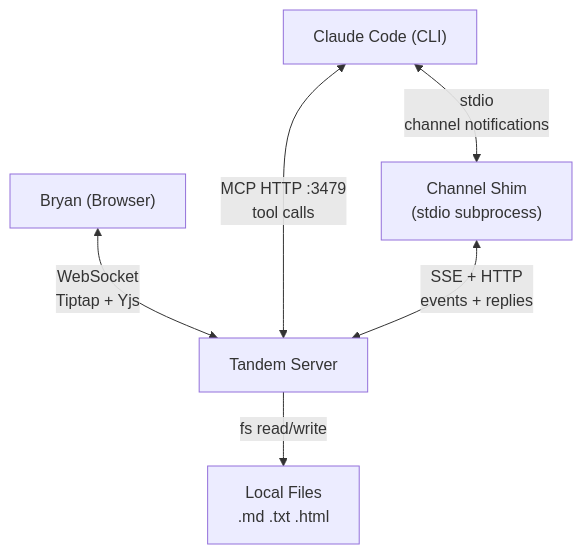
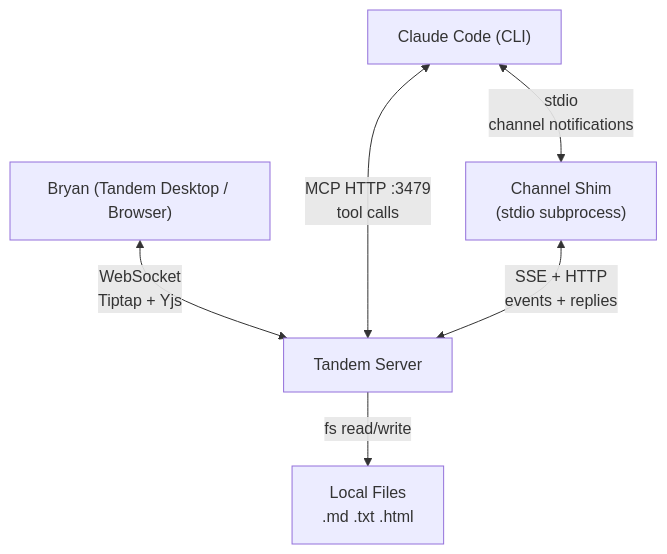
Before and after one commit to bloknayrb/tandem: the first of 3 diagrams in docs/architecture.md, drawn with Mermaid. The commit also changed other lines of this file and 8 other files, not shown here.

First line of the commit message:
docs: reframe project as desktop-first, browser-secondary

````diff
--- a/docs/architecture.md
+++ b/docs/architecture.md
@@ -5,13 +5,13 @@
 ```mermaid
 graph TB
-    User["Bryan (Browser)"]
+    User["Bryan (Tandem Desktop / Browser)"]
     Claude["Claude Code (CLI)"]
     Tandem["Tandem Server"]
     Shim["Channel Shim<br/>(stdio subprocess)"]
 
     User <-->|WebSocket<br/>Tiptap + Yjs| Tandem
     Claude <-->|MCP HTTP :3479<br/>tool calls| Tandem
     Claude <-->|stdio<br/>channel notifications| Shim
     Shim <-->|SSE + HTTP<br/>events + replies| Tandem
     Tandem -->|fs read/write| Files["Local Files<br/>.md .txt .html"]
 ```
````
